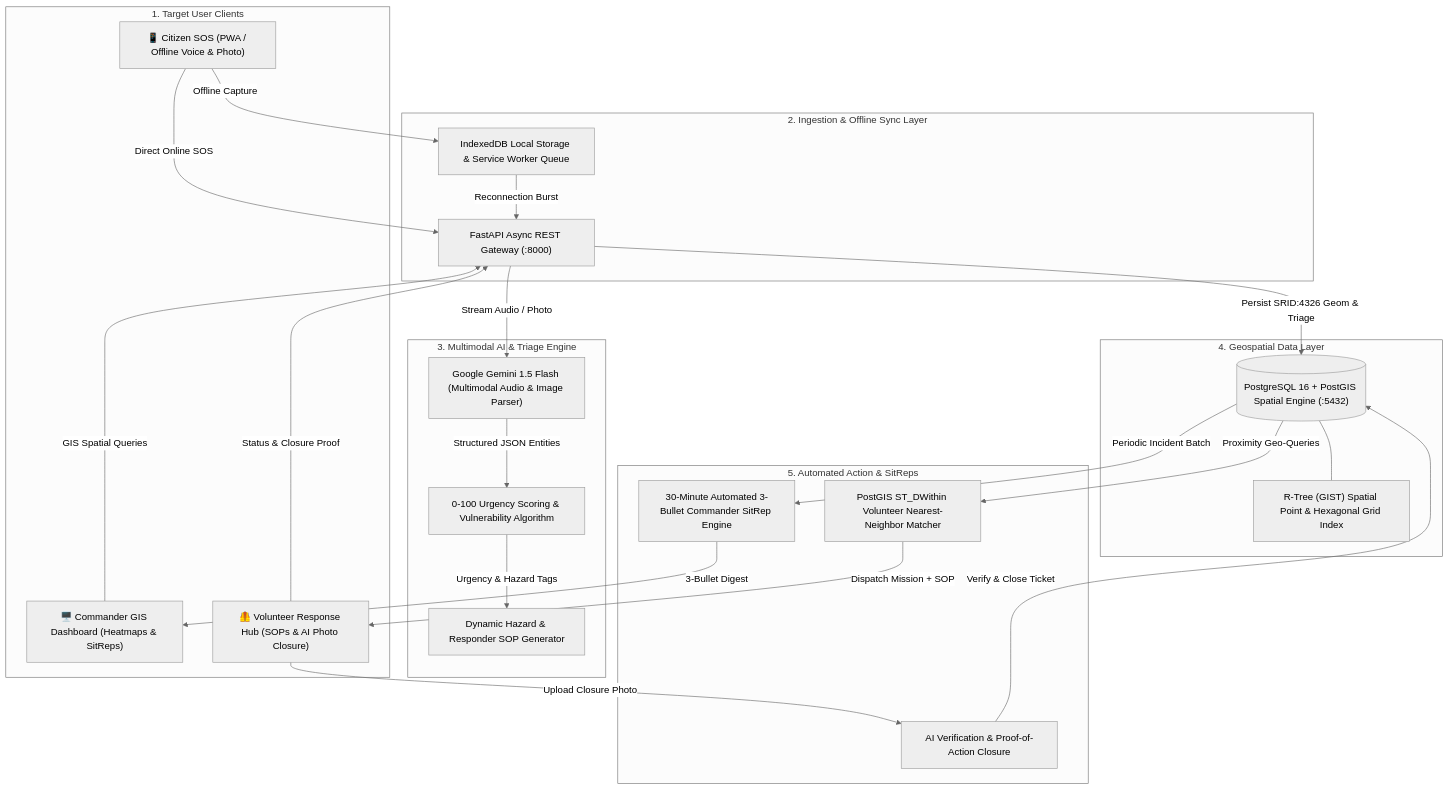
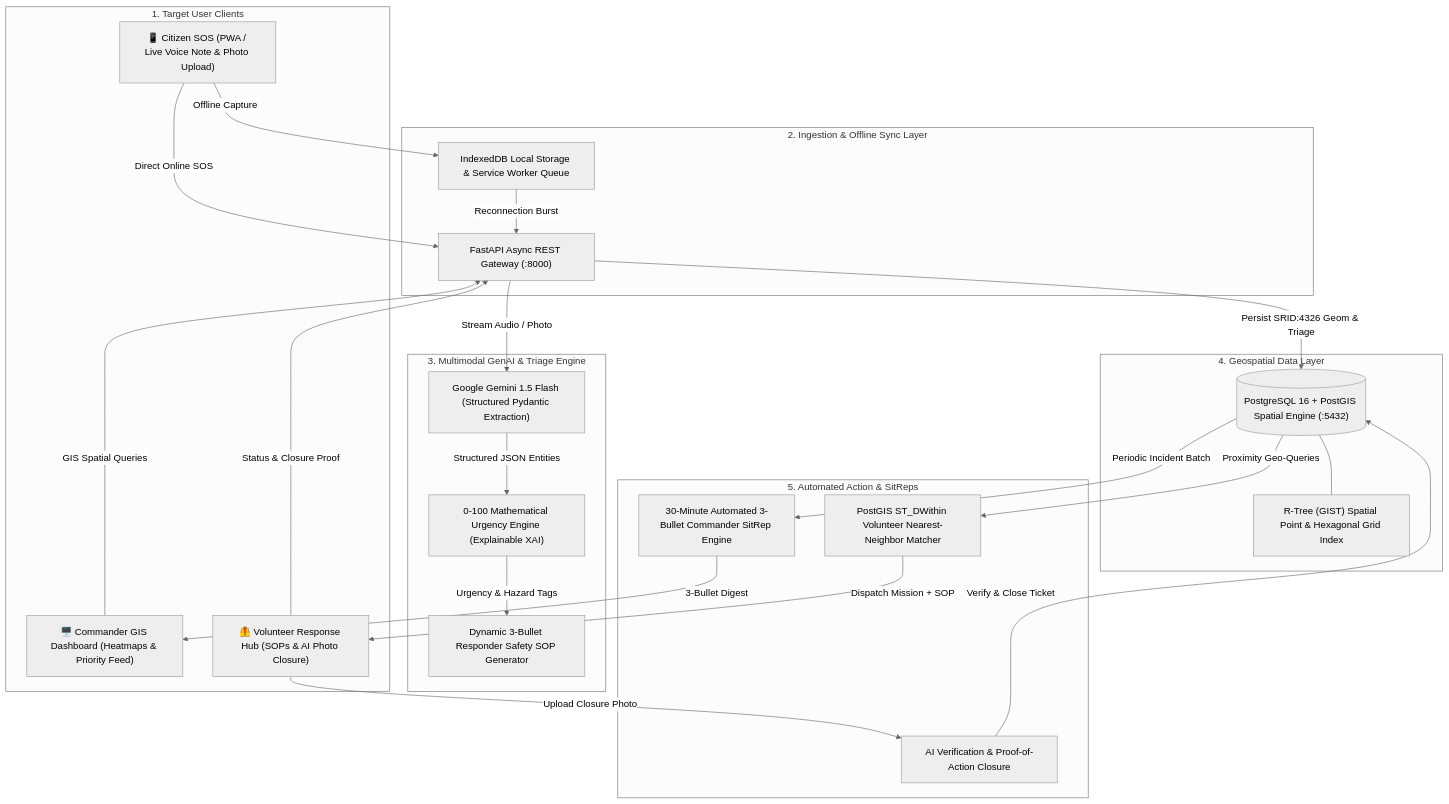
The first of 2 diagrams in Flow.md (Ayush2315/Soteria), drawn with Mermaid (neutral theme) before and after one commit. The commit also changed other lines of this file and 15 other files, not shown here.

Commit message:
feat(triage): implement multimodal GenAI extraction and deterministic urgency engine (Milestone 2)

````diff
--- a/Flow.md
+++ b/Flow.md
@@ -9,50 +9,50 @@
 ```mermaid
 flowchart TD
     subgraph Clients["1. Target User Clients"]
-        Citizen["📱 Citizen SOS (PWA / Offline Voice & Photo)"]
-        Commander["🖥️ Commander GIS Dashboard (Heatmaps & SitReps)"]
+        Citizen["📱 Citizen SOS (PWA / Live Voice Note & Photo Upload)"]
+        Commander["🖥️ Commander GIS Dashboard (Heatmaps & Priority Feed)"]
         Volunteer["🦺 Volunteer Response Hub (SOPs & AI Photo Closure)"]
     end
 
     subgraph IngestionGateway["2. Ingestion & Offline Sync Layer"]
         SyncQueue["IndexedDB Local Storage & Service Worker Queue"]
         APIGateway["FastAPI Async REST Gateway (:8000)"]
     end
 
-    subgraph IntelligenceLayer["3. Multimodal AI & Triage Engine"]
-        GeminiFlash["Google Gemini 1.5 Flash (Multimodal Audio & Image Parser)"]
-        TriageEngine["0-100 Urgency Scoring & Vulnerability Algorithm"]
-        SOPGenerator["Dynamic Hazard & Responder SOP Generator"]
+    subgraph IntelligenceLayer["3. Multimodal GenAI & Triage Engine"]
+        GeminiFlash["Google Gemini 1.5 Flash (Structured Pydantic Extraction)"]
+        TriageEngine["0-100 Mathematical Urgency Engine (Explainable XAI)"]
+        SOPGenerator["Dynamic 3-Bullet Responder Safety SOP Generator"]
     end
 
     subgraph SpatialDatabase["4. Geospatial Data Layer"]
         PostGIS[("PostgreSQL 16 + PostGIS Spatial Engine (:5432)")]
         SpatialIndex["R-Tree (GIST) Spatial Point & Hexagonal Grid Index"]
     end
 
     subgraph DispatchAndReports["5. Automated Action & SitReps"]
         ProximityMatcher["PostGIS ST_DWithin Volunteer Nearest-Neighbor Matcher"]
         SitRepCron["30-Minute Automated 3-Bullet Commander SitRep Engine"]
         PhotoClosure["AI Verification & Proof-of-Action Closure"]
     end
 
     Citizen -->|Offline Capture| SyncQueue
     SyncQueue -->|Reconnection Burst| APIGateway
     Citizen -->|Direct Online SOS| APIGateway
     Commander -->|GIS Spatial Queries| APIGateway
     Volunteer -->|Status & Closure Proof| APIGateway
 
     APIGateway -->|Stream Audio / Photo| GeminiFlash
     GeminiFlash -->|Structured JSON Entities| TriageEngine
     TriageEngine -->|Urgency & Hazard Tags| SOPGenerator
 
     APIGateway -->|Persist SRID:4326 Geom & Triage| PostGIS
     PostGIS --- SpatialIndex
 
     PostGIS -->|Proximity Geo-Queries| ProximityMatcher
     ProximityMatcher -->|Dispatch Mission + SOP| Volunteer
     PostGIS -->|Periodic Incident Batch| SitRepCron
     SitRepCron -->|3-Bullet Digest| Commander
     Volunteer -->|Upload Closure Photo| PhotoClosure
     PhotoClosure -->|Verify & Close Ticket| PostGIS
 ```
````
